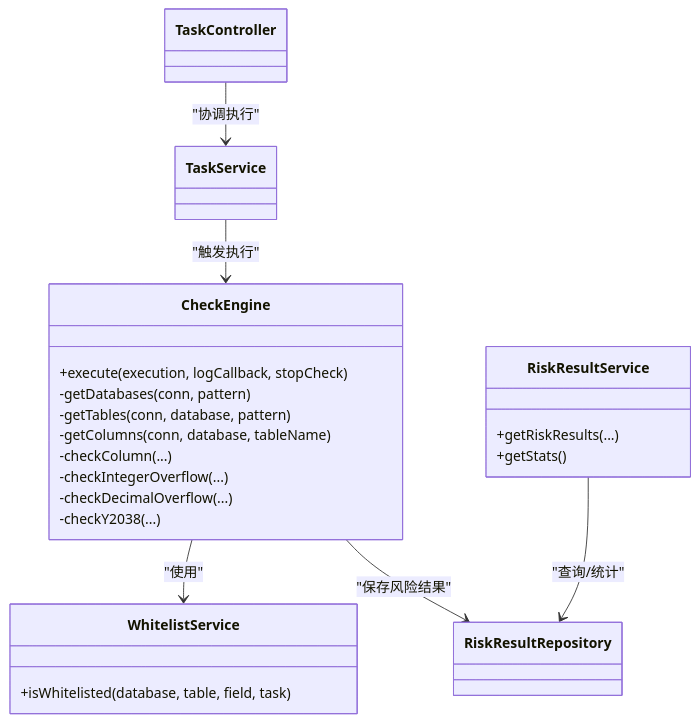
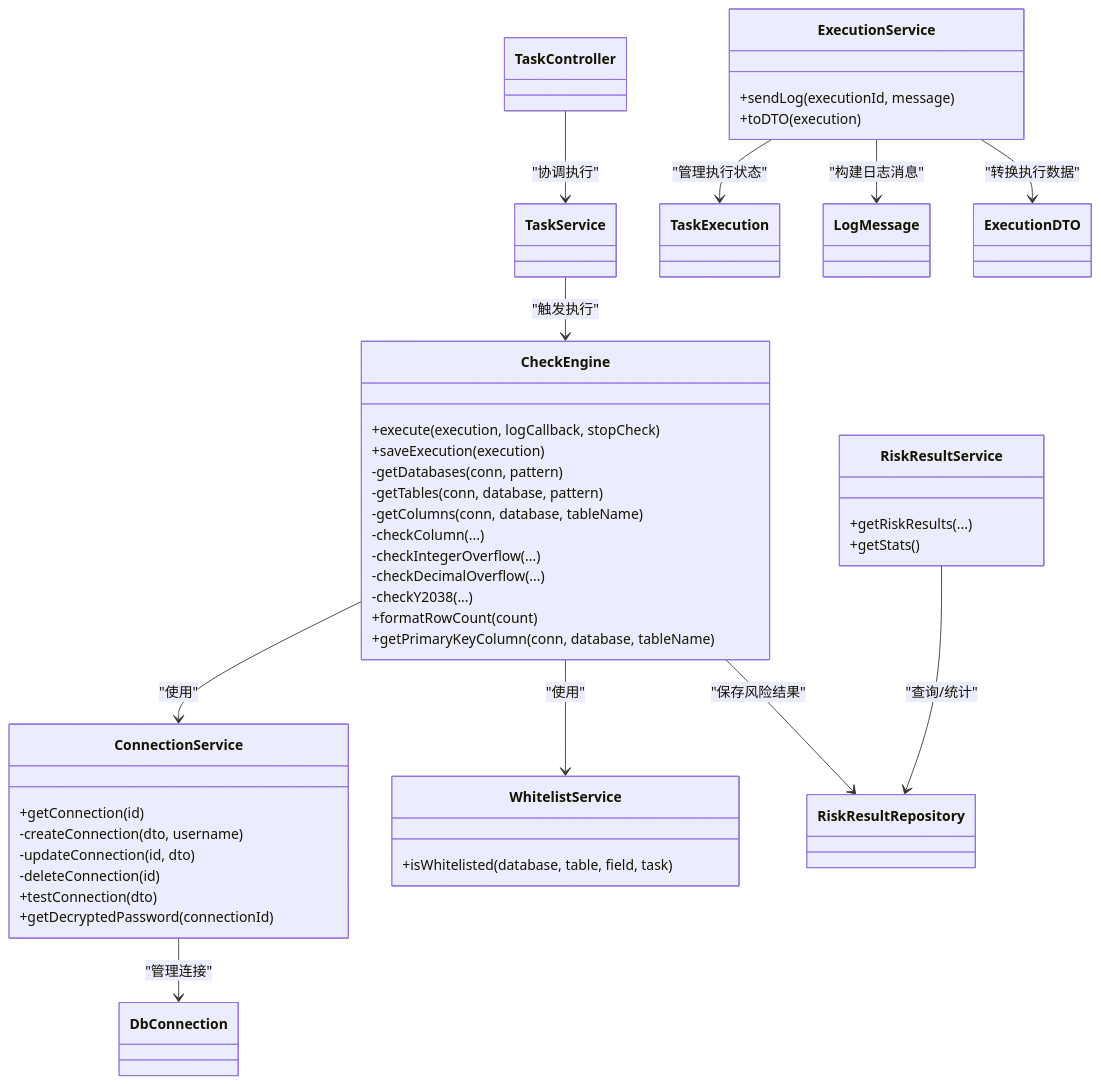
One commit to zzjxmy/mysql-risk-filed-check changed the eighth of 8 diagrams in .qoder/repowiki/zh/content/核心功能模块/风险检测引擎.md. Above: the diagram before and after it, drawn with Mermaid. The commit also changed other lines of this file and 6 other files, not shown here.

````diff
--- a/.qoder/repowiki/zh/content/核心功能模块/风险检测引擎.md
+++ b/.qoder/repowiki/zh/content/核心功能模块/风险检测引擎.md
@@ -335,28 +456,52 @@
 ```mermaid
 classDiagram
 class CheckEngine {
 +execute(execution, logCallback, stopCheck)
++saveExecution(execution)
 -getDatabases(conn, pattern)
 -getTables(conn, database, pattern)
 -getColumns(conn, database, tableName)
 -checkColumn(...)
 -checkIntegerOverflow(...)
 -checkDecimalOverflow(...)
 -checkY2038(...)
++formatRowCount(count)
++getPrimaryKeyColumn(conn, database, tableName)
+}
+class ConnectionService {
++getConnection(id)
+-createConnection(dto, username)
+-updateConnection(id, dto)
+-deleteConnection(id)
++testConnection(dto)
++getDecryptedPassword(connectionId)
 }
 class WhitelistService {
 +isWhitelisted(database, table, field, task)
 }
 class RiskResultRepository
 class RiskResultService {
 +getRiskResults(...)
 +getStats()
 }
 class TaskService
 class TaskController
+class ExecutionService {
++sendLog(executionId, message)
++toDTO(execution)
+}
+class TaskExecution
+class DbConnection
+class LogMessage
+class ExecutionDTO
+CheckEngine --> ConnectionService : "使用"
 CheckEngine --> WhitelistService : "使用"
 CheckEngine --> RiskResultRepository : "保存风险结果"
+ConnectionService --> DbConnection : "管理连接"
 RiskResultService --> RiskResultRepository : "查询/统计"
 TaskController --> TaskService : "协调执行"
 TaskService --> CheckEngine : "触发执行"
+ExecutionService --> TaskExecution : "管理执行状态"
+ExecutionService --> LogMessage : "构建日志消息"
+ExecutionService --> ExecutionDTO : "转换执行数据"
 ```
````
